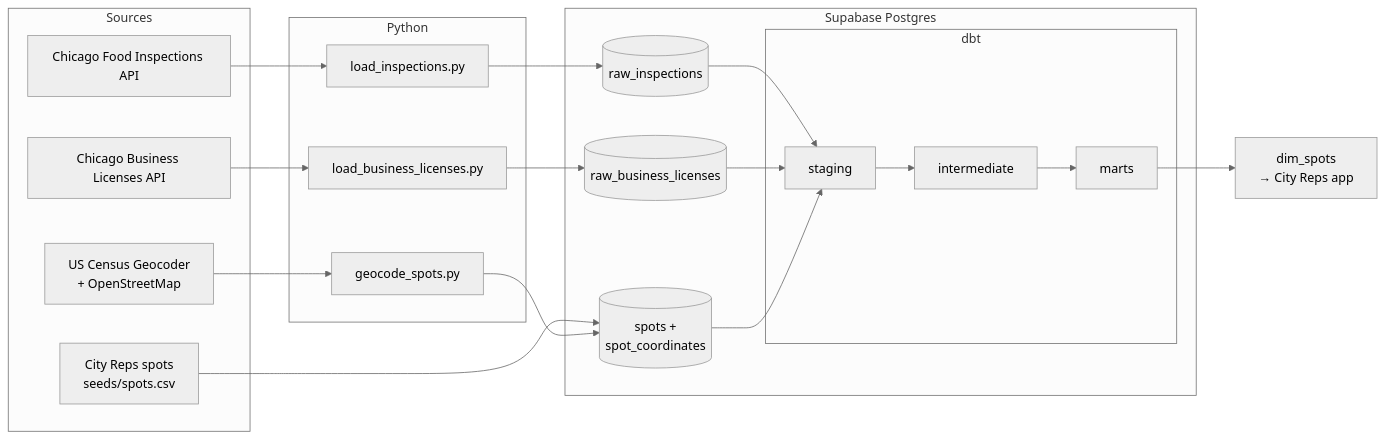
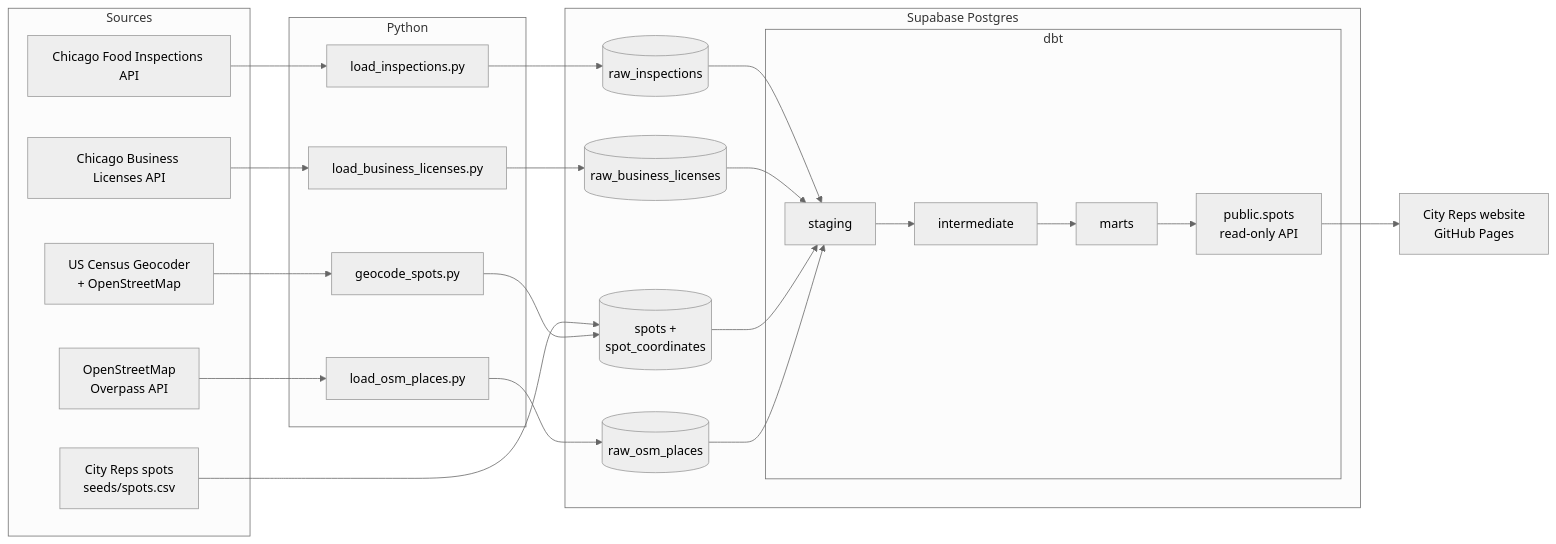
Before and after one commit to npsubaric/city-reps: the diagram in README.md, drawn with Mermaid (neutral theme). The commit also changed other lines of this file and 30 other files, not shown here.

First line of the commit message:
Serve City Reps from GitHub Pages, live from Supabase, with open-data hours

````diff
--- a/README.md
+++ b/README.md
@@ -13,31 +15,35 @@
 ```mermaid
 flowchart LR
     subgraph Sources
         A[Chicago Food Inspections API]
         B[Chicago Business Licenses API]
         C[City Reps spots<br/>seeds/spots.csv]
         D[US Census Geocoder<br/>+ OpenStreetMap]
+        O[OpenStreetMap<br/>Overpass API]
     end
 
     subgraph Ingestion [Python]
         E[load_inspections.py]
         F[load_business_licenses.py]
         G[geocode_spots.py]
+        P[load_osm_places.py]
     end
 
     subgraph Supabase [Supabase Postgres]
         H[(raw_inspections)]
         I[(raw_business_licenses)]
         J[(spots +<br/>spot_coordinates)]
+        Q[(raw_osm_places)]
         subgraph dbt
-            K[staging] --> L[intermediate] --> M[marts]
+            K[staging] --> L[intermediate] --> M[marts] --> R[public.spots<br/>read-only API]
         end
     end
 
     A --> E --> H
     B --> F --> I
     C --> J
     D --> G --> J
-    H & I & J --> K
-    M --> N[dim_spots<br/>→ City Reps app]
+    O --> P --> Q
+    H & I & J & Q --> K
+    R --> N[City Reps website<br/>GitHub Pages]
 ```
````
